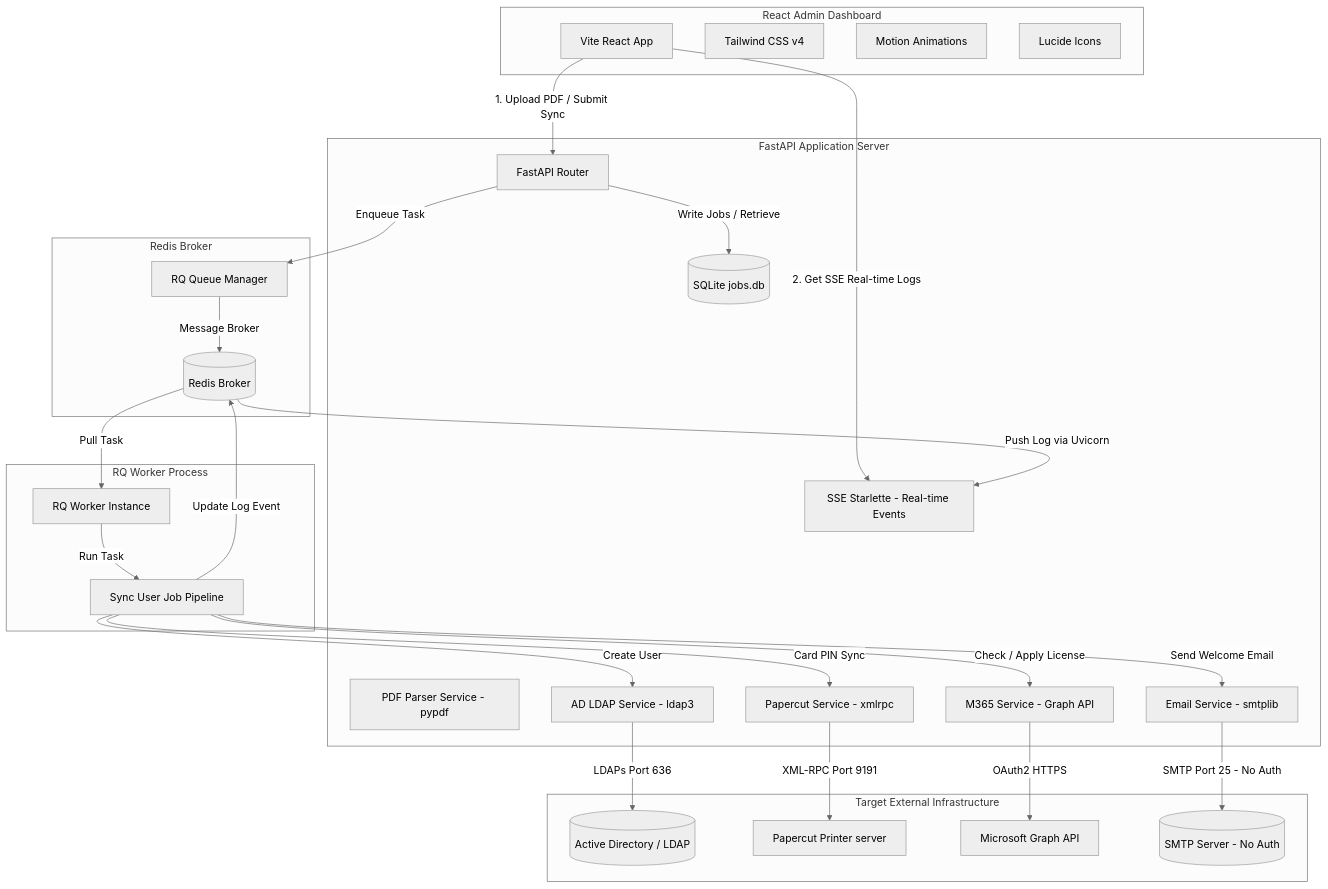
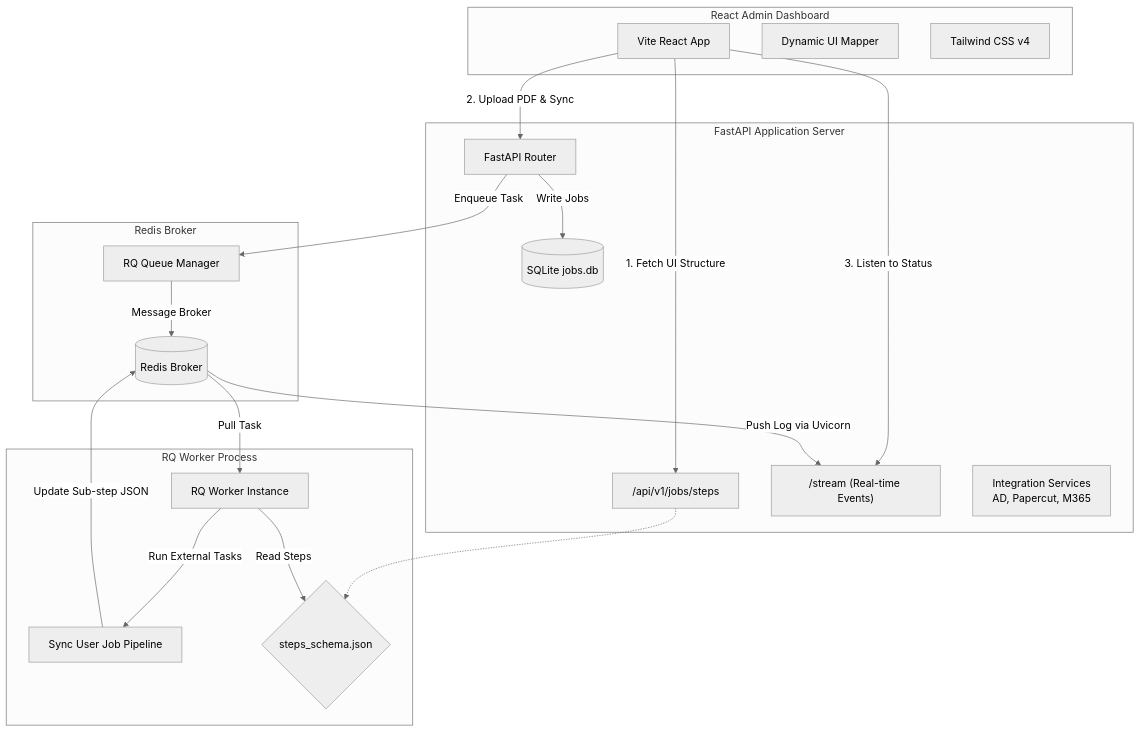
Before and after one commit to Somlui1/Profile_automate: the first of 2 diagrams in README.md, drawn with Mermaid (neutral theme). The commit also changed other lines of this file, not shown here.

````diff
--- a/README.md
+++ b/README.md
@@ -11,61 +15,47 @@
 ```mermaid
 graph TD
     %% Frontend Layer
     subgraph Frontend [React Admin Dashboard]
         Vite[Vite React App]
+        DynamicUI[Dynamic UI Mapper]
         Tailwind[Tailwind CSS v4]
-        Motion[Motion Animations]
-        Lucide[Lucide Icons]
     end
 
     %% Backend Layer
     subgraph Backend [FastAPI Application Server]
         FastAPI[FastAPI Router]
-        PDFService[PDF Parser Service - pypdf]
-        ADService[AD LDAP Service - ldap3]
-        Papercut[Papercut Service - xmlrpc]
-        M365[M365 Service - Graph API]
-        EmailService[Email Service - smtplib]
-        SSE[SSE Starlette - Real-time Events]
+        SchemaEndpoint["/api/v1/jobs/steps"]
+        SSE["/stream (Real-time Events)"]
+        Services[Integration Services<br/>AD, Papercut, M365]
         DB[(SQLite jobs.db)]
     end
 
     %% Queue Layer
     subgraph Queue [Redis Broker]
         Redis[(Redis Broker)]
         RQ[RQ Queue Manager]
     end
 
     %% Worker Layer
     subgraph Worker [RQ Worker Process]
         RQWorker[RQ Worker Instance]
         Pipeline[Sync User Job Pipeline]
-    end
-
-    %% External Directory Services
-    subgraph External [Target External Infrastructure]
-        AD[(Active Directory / LDAP)]
-        PC[Papercut Printer server]
-        MSGraph[Microsoft Graph API]
-        SMTPServer[(SMTP Server - No Auth)]
+        StepsJSON{steps_schema.json}
     end
 
     %% Connection routes
-    Vite -->|1. Upload PDF / Submit Sync| FastAPI
-    Vite -->|2. Get SSE Real-time Logs| SSE
-    FastAPI -->|Write Jobs / Retrieve| DB
+    Vite -->|1. Fetch UI Structure| SchemaEndpoint
+    SchemaEndpoint -.-> StepsJSON
+    Vite -->|2. Upload PDF & Sync| FastAPI
+    Vite -->|3. Listen to Status| SSE
+    
+    FastAPI -->|Write Jobs| DB
     FastAPI -->|Enqueue Task| RQ
     RQ -->|Message Broker| Redis
     Redis -->|Pull Task| RQWorker
-    RQWorker -->|Run Task| Pipeline
-    Pipeline -->|Create User| ADService
-    Pipeline -->|Card PIN Sync| Papercut
-    Pipeline -->|Check / Apply License| M365
-    Pipeline -->|Send Welcome Email| EmailService
-    Pipeline -->|Update Log Event| Redis
+    
+    RQWorker -->|Read Steps| StepsJSON
+    RQWorker -->|Run External Tasks| Pipeline
+    Pipeline -->|Update Sub-step JSON| Redis
     Redis -->|Push Log via Uvicorn| SSE
-    ADService -->|LDAPs Port 636| AD
-    Papercut -->|XML-RPC Port 9191| PC
-    M365 -->|OAuth2 HTTPS| MSGraph
-    EmailService -->|SMTP Port 25 - No Auth| SMTPServer
 ```
````
